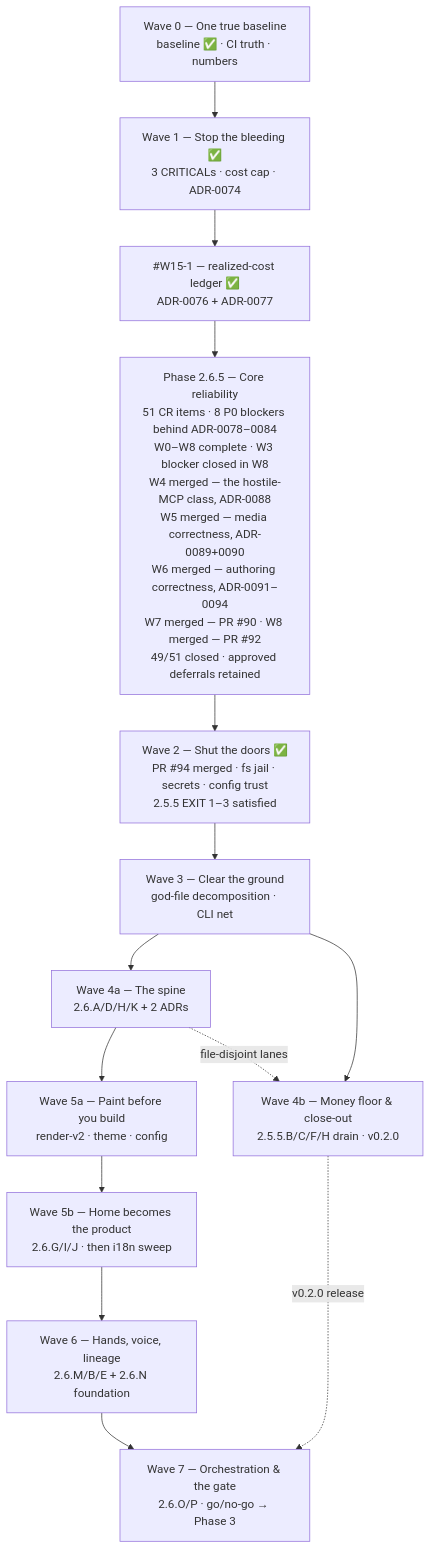
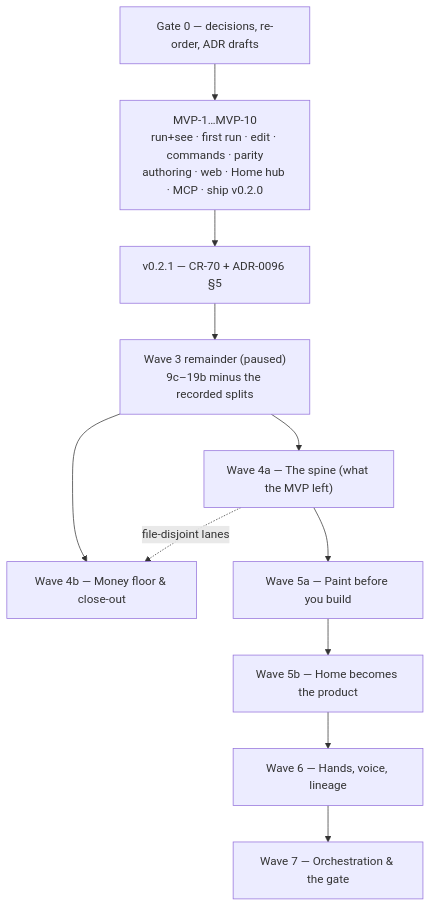
One commit to HodeTech/Relavium changed the diagram in docs/roadmap/current.md. Above: the diagram before and after it, drawn with Mermaid. The commit also changed other lines of this file and 7 other files, not shown here.

First line of the commit message:
docs(repo): reset the roadmap priority to the CLI MVP

````diff
--- a/docs/roadmap/current.md
+++ b/docs/roadmap/current.md
@@ -548,19 +150,16 @@
 ```mermaid
 flowchart TD
-    W0["Wave 0 — One true baseline<br/>baseline ✅ · CI truth · numbers"]
-    W1["Wave 1 — Stop the bleeding ✅<br/>3 CRITICALs · cost cap · ADR-0074"]
-    LEDGER["#W15-1 — realized-cost ledger ✅<br/>ADR-0076 + ADR-0077"]
-    P265["Phase 2.6.5 — Core reliability<br/>51 CR items · 8 P0 blockers behind ADR-0078–0084<br/>W0–W8 complete · W3 blocker closed in W8<br/>W4 merged — the hostile-MCP class, ADR-0088<br/>W5 merged — media correctness, ADR-0089+0090<br/>W6 merged — authoring correctness, ADR-0091–0094<br/>W7 merged — PR #90 · W8 merged — PR #92<br/>49/51 closed · approved deferrals retained"]
-    W2["Wave 2 — Shut the doors ✅<br/>PR #94 merged · fs jail · secrets · config trust<br/>2.5.5 EXIT 1–3 satisfied"]
-    W3["Wave 3 — Clear the ground<br/>god-file decomposition · CLI net"]
-    W4a["Wave 4a — The spine<br/>2.6.A/D/H/K + 2 ADRs"]
-    W4b["Wave 4b — Money floor & close-out<br/>2.5.5.B/C/F/H drain · v0.2.0"]
-    W5a["Wave 5a — Paint before you build<br/>render-v2 · theme · config"]
-    W5b["Wave 5b — Home becomes the product<br/>2.6.G/I/J · then i18n sweep"]
-    W6["Wave 6 — Hands, voice, lineage<br/>2.6.M/B/E + 2.6.N foundation"]
-    W7["Wave 7 — Orchestration & the gate<br/>2.6.O/P · go/no-go → Phase 3"]
-    W0 --> W1 --> LEDGER --> P265 --> W2 --> W3 --> W4a --> W5a --> W5b --> W6 --> W7
+    G0["Gate 0 — decisions, re-order, ADR drafts"]
+    MVP["MVP-1…MVP-10<br/>run+see · first run · edit · commands · parity<br/>authoring · web · Home hub · MCP · ship v0.2.0"]
+    R021["v0.2.1 — CR-70 + ADR-0096 §5"]
+    W3["Wave 3 remainder (paused)<br/>9c–19b minus the recorded splits"]
+    W4a["Wave 4a — The spine (what the MVP left)"]
+    W4b["Wave 4b — Money floor & close-out"]
+    W5a["Wave 5a — Paint before you build"]
+    W5b["Wave 5b — Home becomes the product"]
+    W6["Wave 6 — Hands, voice, lineage"]
+    W7["Wave 7 — Orchestration & the gate"]
+    G0 --> MVP --> R021 --> W3 --> W4a --> W5a --> W5b --> W6 --> W7
     W3 --> W4b
-    W4b -.->|v0.2.0 release| W7
     W4a -.->|file-disjoint lanes| W4b
 ```
````
